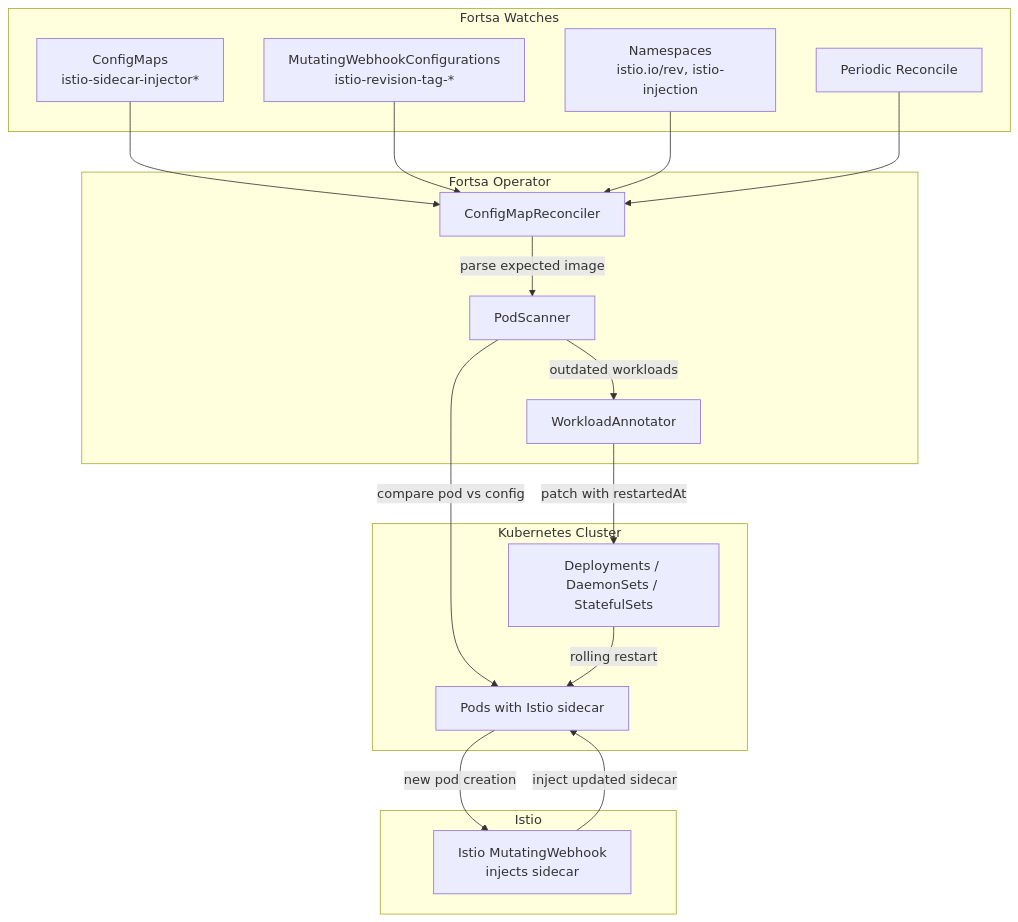
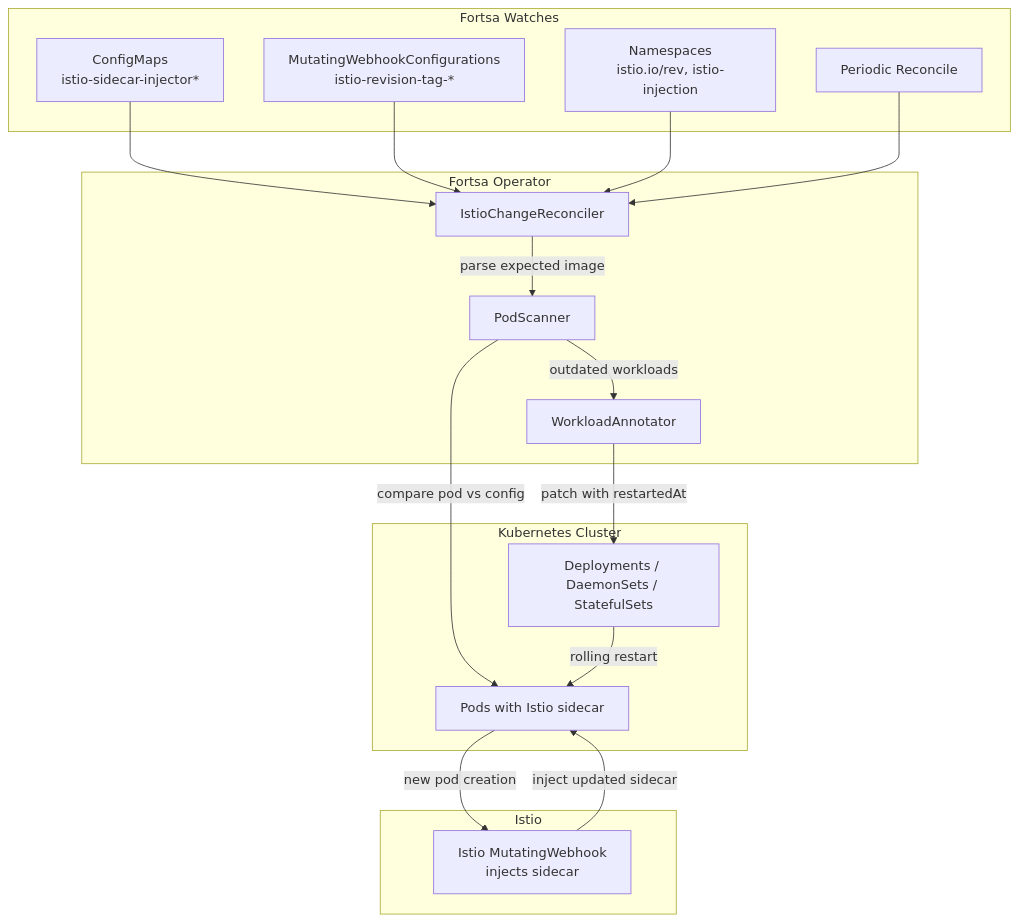
Before and after one commit to istio-ecosystem/fortsa: the diagram in README.md, drawn with Mermaid. The commit also changed other lines of this file and 11 other files, not shown here.

````diff
--- a/README.md
+++ b/README.md
@@ -45,37 +45,37 @@
 ```mermaid
 flowchart TB
     subgraph watches [Fortsa Watches]
         ConfigMaps["ConfigMaps\nistio-sidecar-injector*"]
         MWCs["MutatingWebhookConfigurations\nistio-revision-tag-*"]
         Namespaces["Namespaces\nistio.io/rev, istio-injection"]
         Periodic["Periodic Reconcile"]
     end
 
     subgraph fortsa [Fortsa Operator]
-        Reconciler[ConfigMapReconciler]
+        Reconciler[IstioChangeReconciler]
         Scanner[PodScanner]
         Annotator[WorkloadAnnotator]
     end
 
     subgraph k8s [Kubernetes Cluster]
         Pods["Pods with Istio sidecar"]
         Workloads["Deployments / DaemonSets / StatefulSets"]
     end
 
     subgraph istio [Istio]
         Webhook["Istio MutatingWebhook\ninjects sidecar"]
     end
 
     ConfigMaps --> Reconciler
     MWCs --> Reconciler
     Namespaces --> Reconciler
     Periodic --> Reconciler
 
     Reconciler -->|"parse expected image"| Scanner
     Scanner -->|"compare pod vs config"| Pods
     Scanner -->|"outdated workloads"| Annotator
     Annotator -->|"patch with restartedAt"| Workloads
     Workloads -->|"rolling restart"| Pods
     Pods -->|"new pod creation"| Webhook
     Webhook -->|"inject updated sidecar"| Pods
 ```
````
